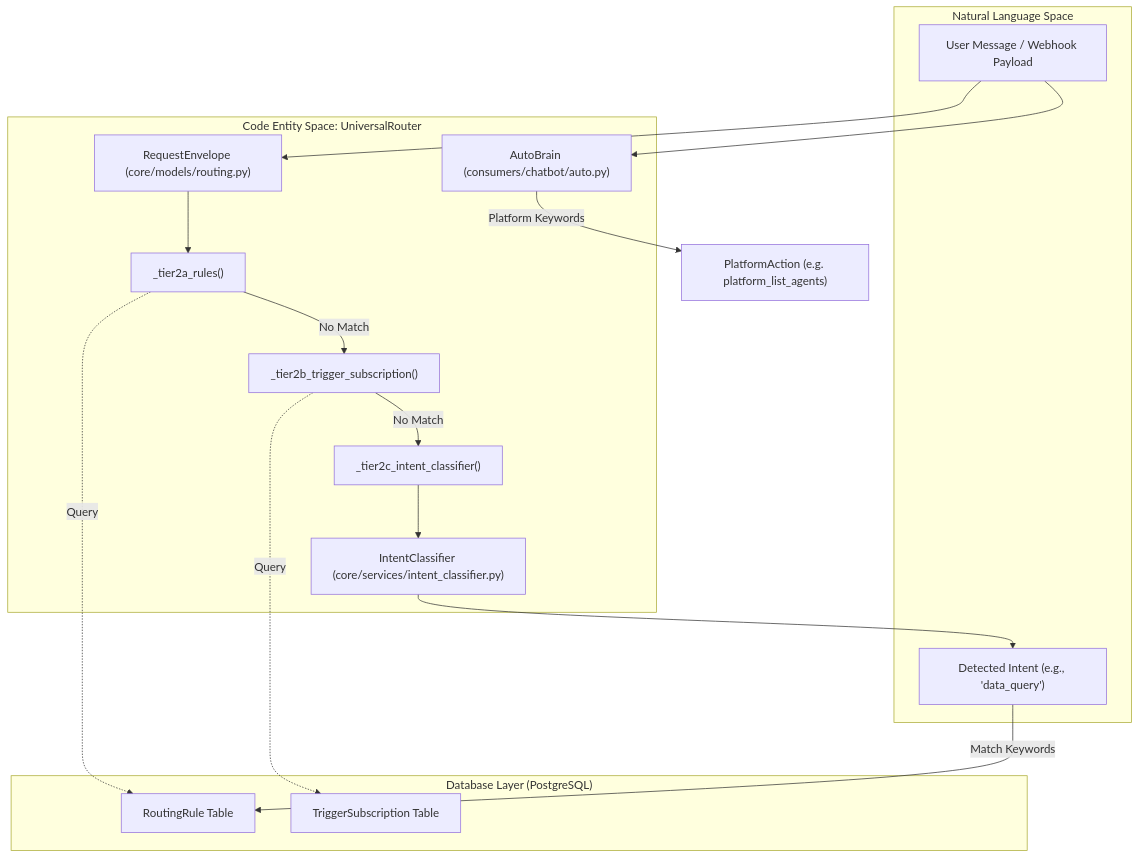
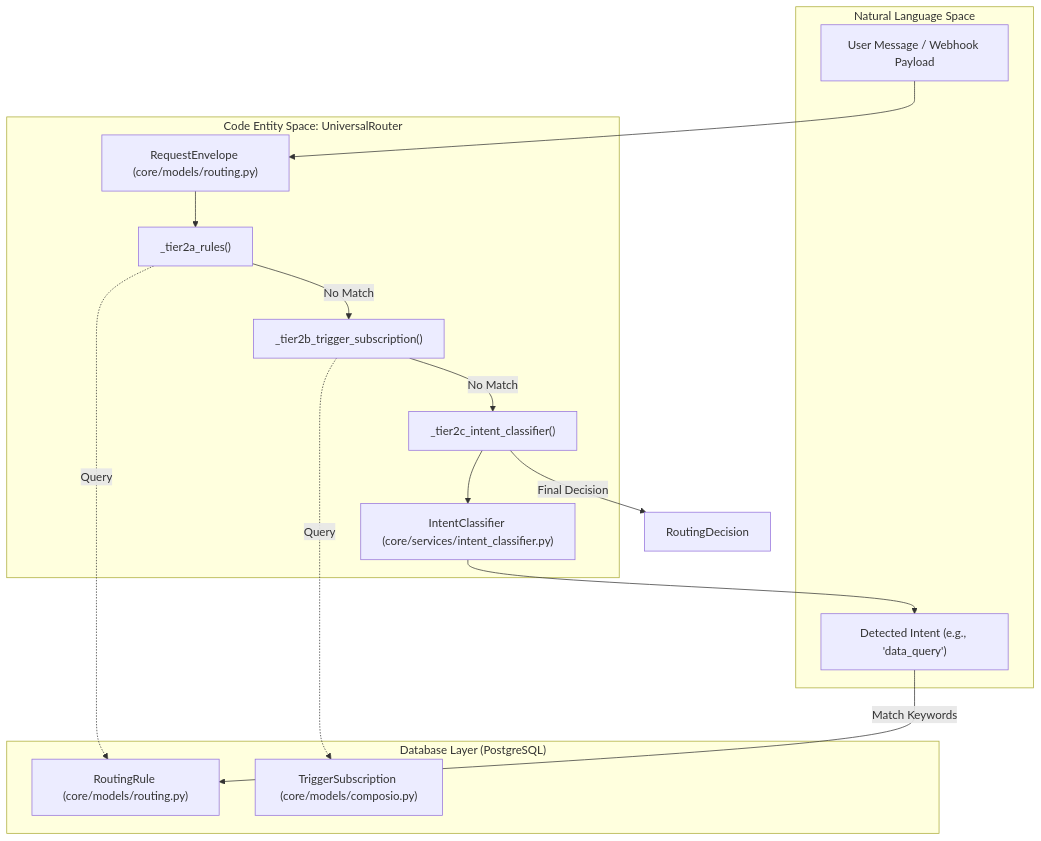
The first of 2 diagrams in docs/universal-router/tier-2-rule-based-routing.md (AutomatosAI/automatos-ai), drawn with Mermaid before and after one commit. The commit also changed other lines of this file and 153 other files, not shown here.

````diff
--- a/docs/universal-router/tier-2-rule-based-routing.md
+++ b/docs/universal-router/tier-2-rule-based-routing.md
@@ -65,33 +43,31 @@
 ```mermaid
 graph TD
     subgraph "Natural Language Space"
         UserMsg["User Message / Webhook Payload"]
         Intent["Detected Intent (e.g., 'data_query')"]
     end
 
     subgraph "Code Entity Space: UniversalRouter"
         RE["RequestEnvelope (core/models/routing.py)"]
         T2a["_tier2a_rules()"]
         T2b["_tier2b_trigger_subscription()"]
         T2c["_tier2c_intent_classifier()"]
         IC["IntentClassifier (core/services/intent_classifier.py)"]
-        AB["AutoBrain (consumers/chatbot/auto.py)"]
     end
 
     subgraph "Database Layer (PostgreSQL)"
-        RR["RoutingRule Table"]
-        TS["TriggerSubscription Table"]
+        RR["RoutingRule (core/models/routing.py)"]
+        TS["TriggerSubscription (core/models/composio.py)"]
     end
 
     UserMsg --> RE
     RE --> T2a
     T2a -.->|"Query"| RR
     T2a -->|"No Match"| T2b
     T2b -.->|"Query"| TS
     T2b -->|"No Match"| T2c
     T2c --> IC
     IC --> Intent
     Intent -->|"Match Keywords"| RR
-    UserMsg --> AB
-    AB -->|"Platform Keywords"| PK["PlatformAction (e.g. platform_list_agents)"]
+    T2c -->|"Final Decision"| RD["RoutingDecision"]
 ```
````
